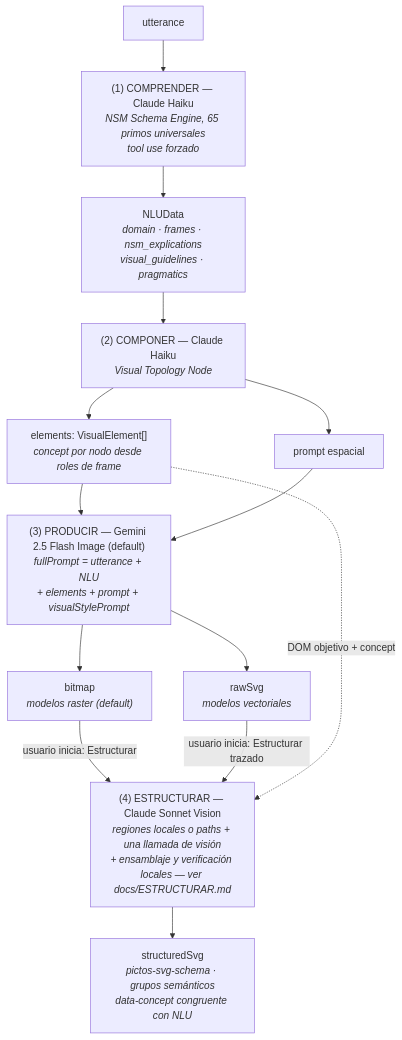
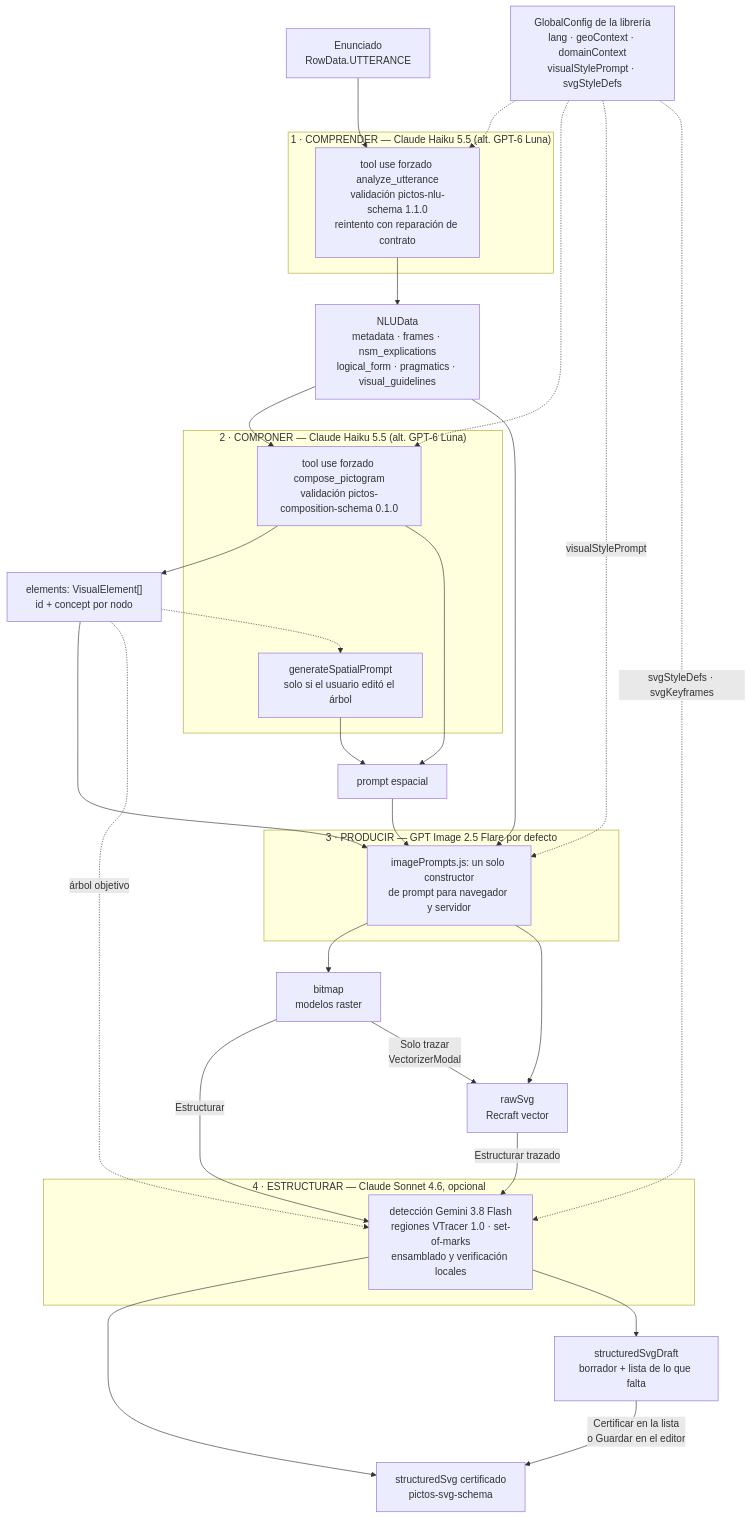
The second of 11 diagrams in docs/ARCHITECTURE.md (hspencer/pictos-net), drawn with Mermaid before and after one commit. The commit also changed other lines of this file and 31 other files, not shown here.

First line of the commit message:
docs: refresh architecture, research framing and operational docs for 2.8.0

````diff
--- a/docs/ARCHITECTURE.md
+++ b/docs/ARCHITECTURE.md
@@ -142,21 +92,42 @@
 ```mermaid
 flowchart TD
-    UTT["utterance"] --> F1
+    UTT["Enunciado<br>RowData.UTTERANCE"]
+    CFG["GlobalConfig de la librería<br>lang · geoContext · domainContext<br>visualStylePrompt · svgStyleDefs"]
 
-    F1["(1) COMPRENDER — Claude Haiku<br><i>NSM Schema Engine, 65 primos universales<br>tool use forzado</i>"]
-    F1 --> NLU["NLUData<br><i>domain · frames · nsm_explications<br>visual_guidelines · pragmatics</i>"]
+    subgraph P1["1 · COMPRENDER — Claude Haiku 5.5 (alt. GPT-6 Luna)"]
+        F1["tool use forzado analyze_utterance<br>validación pictos-nlu-schema 1.1.0<br>reintento con reparación de contrato"]
+    end
+    subgraph P2["2 · COMPONER — Claude Haiku 5.5 (alt. GPT-6 Luna)"]
+        F2["tool use forzado compose_pictogram<br>validación pictos-composition-schema 0.1.0"]
+        F2b["generateSpatialPrompt<br>solo si el usuario editó el árbol"]
+    end
+    subgraph P3["3 · PRODUCIR — GPT Image 2.5 Flare por defecto"]
+        F3["imagePrompts.js: un solo constructor<br>de prompt para navegador y servidor"]
+    end
+    subgraph P4["4 · ESTRUCTURAR — Claude Sonnet 4.6, opcional"]
+        F4["detección Gemini 3.8 Flash<br>regiones VTracer 1.0 · set-of-marks<br>ensamblado y verificación locales"]
+    end
 
-    NLU --> F2["(2) COMPONER — Claude Haiku<br><i>Visual Topology Node</i>"]
-    F2 --> ELEM["elements: VisualElement[]<br><i>concept por nodo desde roles de frame</i>"]
-    F2 --> PROMPT["prompt espacial"]
-
-    ELEM --> F3["(3) PRODUCIR — Gemini 2.5 Flash Image (default)<br><i>fullPrompt = utterance + NLU<br>+ elements + prompt + visualStylePrompt</i>"]
-    PROMPT --> F3
-    F3 --> BMP["bitmap<br><i>modelos raster (default)</i>"]
-    F3 --> RAW["rawSvg<br><i>modelos vectoriales</i>"]
-
-    BMP -->|"usuario inicia: Estructurar"| F4["(4) ESTRUCTURAR — Claude Sonnet Vision<br><i>regiones locales o paths + una llamada de visión<br>+ ensamblaje y verificación locales — ver docs/ESTRUCTURAR.md</i>"]
-    RAW -->|"usuario inicia: Estructurar trazado"| F4
-    ELEM -.->|"DOM objetivo + concept"| F4
-    F4 --> STRUCT["structuredSvg<br><i>pictos-svg-schema · grupos semánticos<br>data-concept congruente con NLU</i>"]
+    UTT --> F1
+    CFG -.-> F1
+    F1 --> NLU["NLUData<br>metadata · frames · nsm_explications<br>logical_form · pragmatics · visual_guidelines"]
+    NLU --> F2
+    CFG -.-> F2
+    F2 --> EL["elements: VisualElement[]<br>id + concept por nodo"]
+    F2 --> PR["prompt espacial"]
+    EL -.-> F2b --> PR
+    EL --> F3
+    PR --> F3
+    NLU --> F3
+    CFG -.->|"visualStylePrompt"| F3
+    F3 --> BMP["bitmap<br>modelos raster"]
+    F3 --> RAW["rawSvg<br>Recraft vector"]
+    BMP -->|"Estructurar"| F4
+    BMP -->|"Solo trazar<br>VectorizerModal"| RAW
+    RAW -->|"Estructurar trazado"| F4
+    EL -.->|"árbol objetivo"| F4
+    CFG -.->|"svgStyleDefs · svgKeyframes"| F4
+    F4 --> CERT["structuredSvg certificado<br>pictos-svg-schema"]
+    F4 --> DRAFT["structuredSvgDraft<br>borrador + lista de lo que falta"]
+    DRAFT -->|"Certificar en la lista<br>o Guardar en el editor"| CERT
 ```
````
